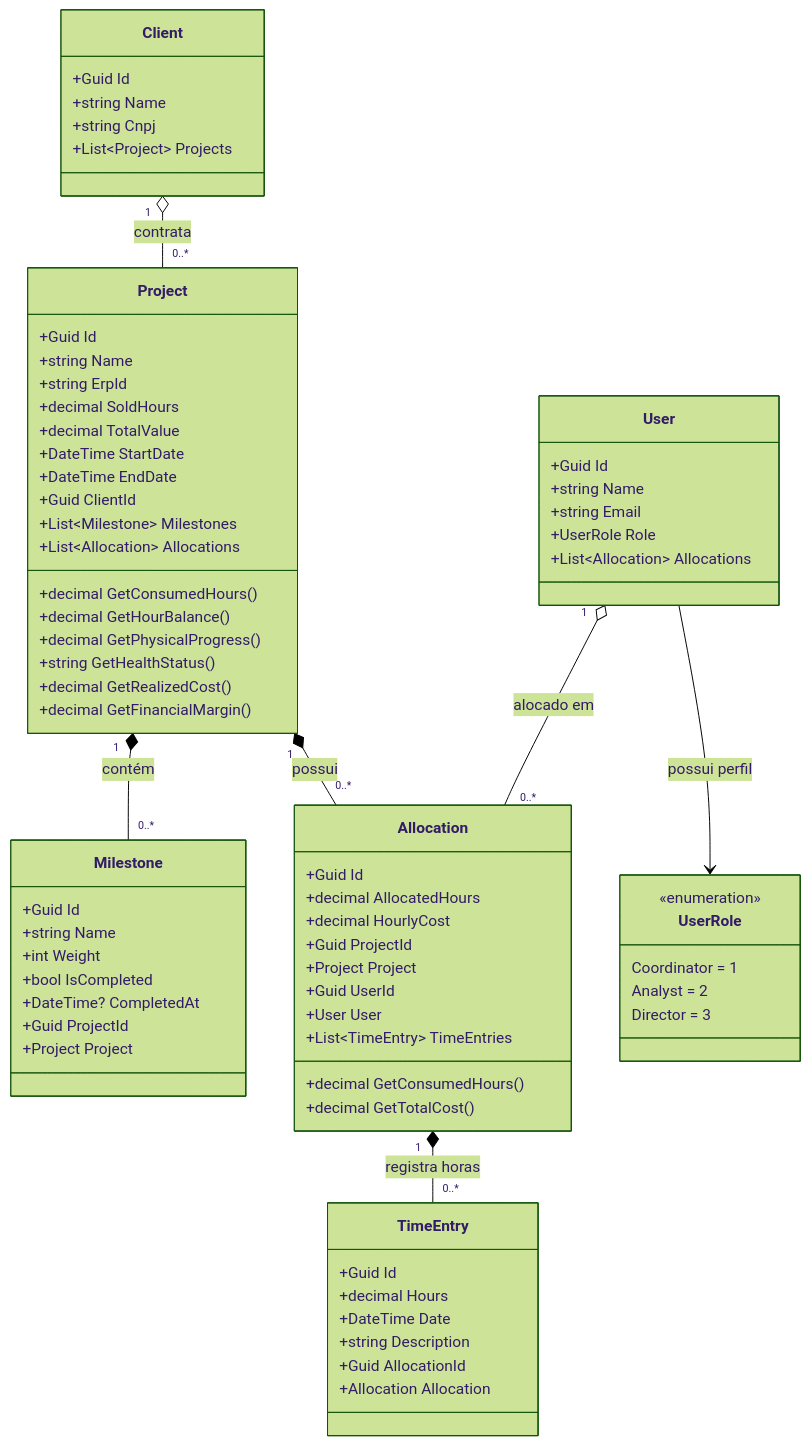
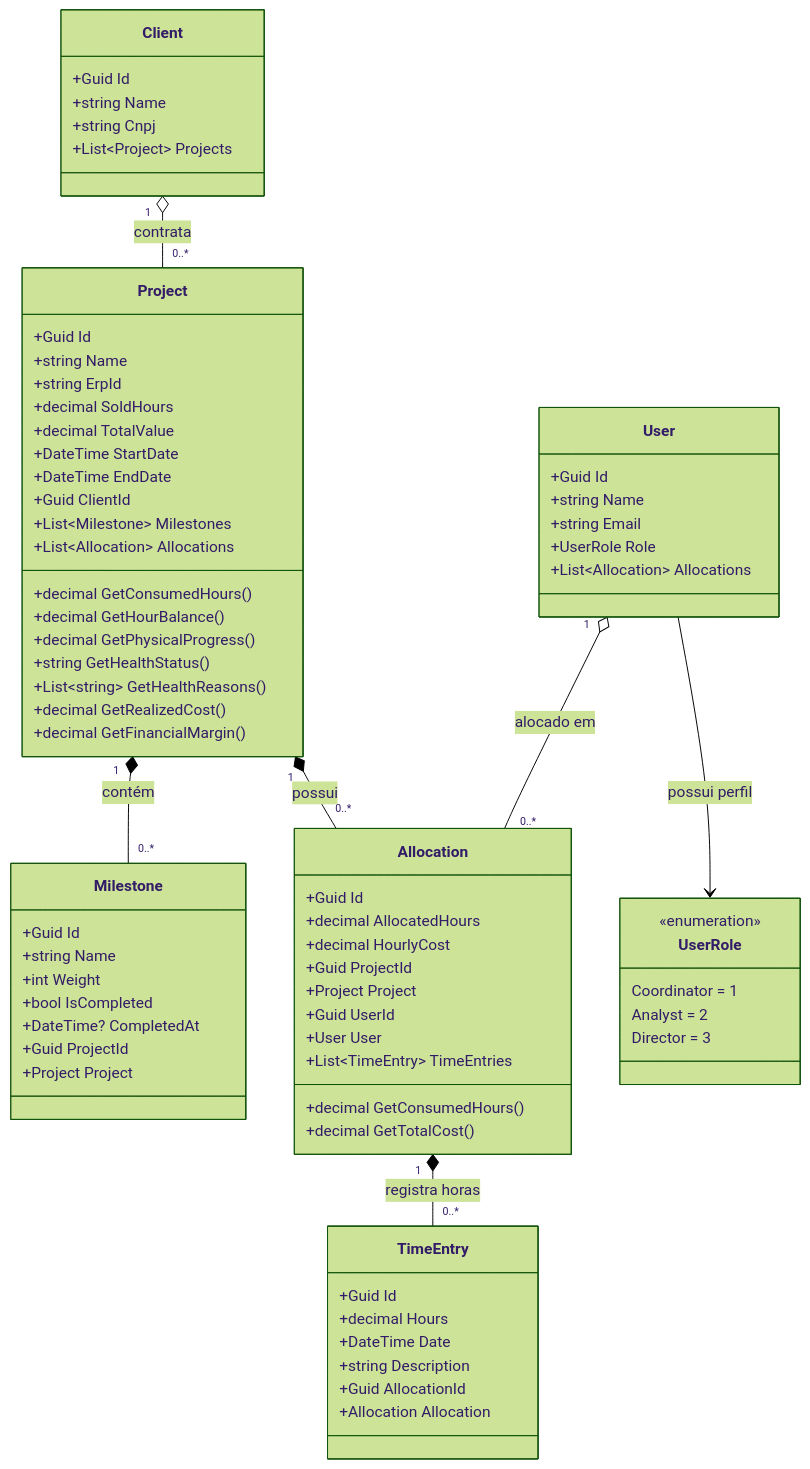
Before and after one commit to vitordalvi/portal-gestao: the first of 2 diagrams in README.md, drawn with Mermaid (forest theme). The commit also changed other lines of this file, not shown here.

```diff
--- a/README.md
+++ b/README.md
@@ -89,6 +89,7 @@
         +decimal GetHourBalance()
         +decimal GetPhysicalProgress()
         +string GetHealthStatus()
+        +List~string~ GetHealthReasons()
         +decimal GetRealizedCost()
         +decimal GetFinancialMargin()
     }
```
